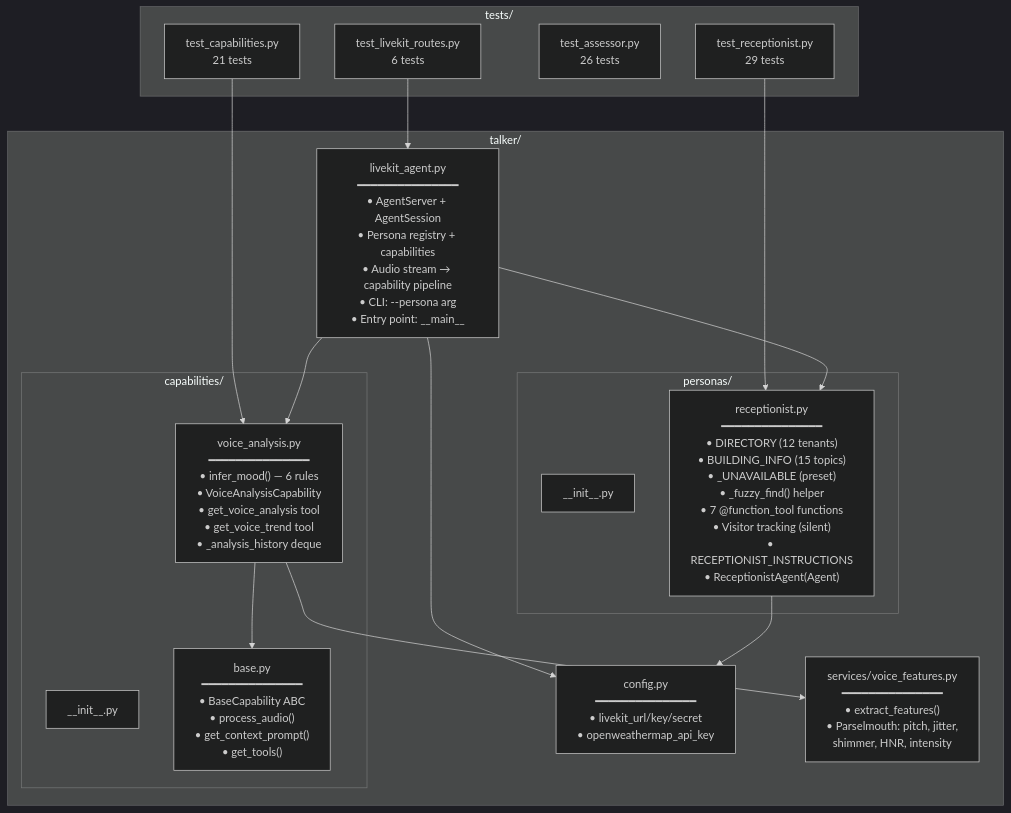
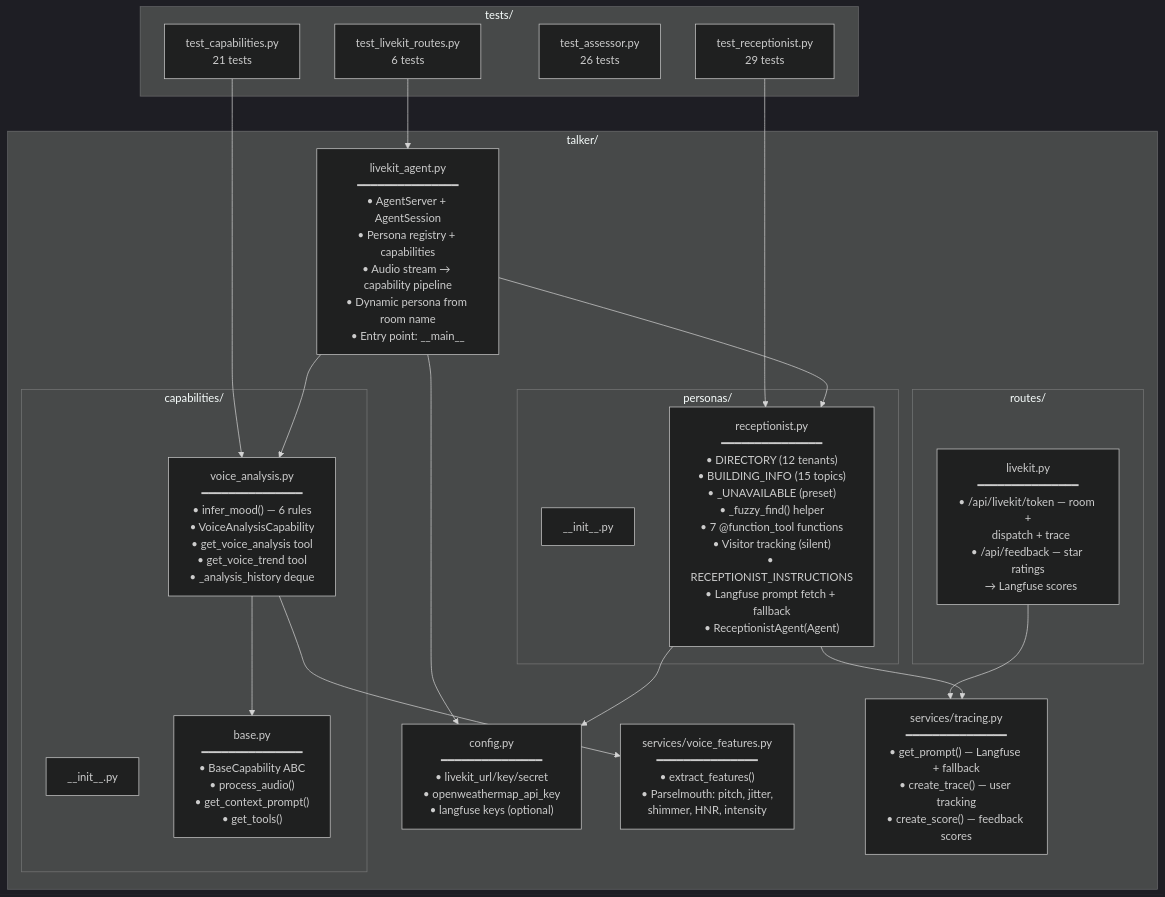
Before and after one commit to bodharma/talker: diagram 16 of 23 in docs/livekit-architecture.md, drawn with Mermaid (dark theme). The commit also changed other lines of this file and 3 other files, not shown here.

First line of the commit message:
docs: rewrite architecture and LiveKit docs for code review

````diff
--- a/docs/livekit-architecture.md
+++ b/docs/livekit-architecture.md
@@ -447,38 +447,46 @@
 ```mermaid
 graph TB
     subgraph "talker/"
-        LA["livekit_agent.py<br/>━━━━━━━━━━━━━━━<br/>• AgentServer + AgentSession<br/>• Persona registry + capabilities<br/>• Audio stream → capability pipeline<br/>• CLI: --persona arg<br/>• Entry point: __main__"]
+        LA["livekit_agent.py<br/>━━━━━━━━━━━━━━━<br/>• AgentServer + AgentSession<br/>• Persona registry + capabilities<br/>• Audio stream → capability pipeline<br/>• Dynamic persona from room name<br/>• Entry point: __main__"]
 
         subgraph "personas/"
             PI["__init__.py"]
-            REC["receptionist.py<br/>━━━━━━━━━━━━━━━<br/>• DIRECTORY (12 tenants)<br/>• BUILDING_INFO (15 topics)<br/>• _UNAVAILABLE (preset)<br/>• _fuzzy_find() helper<br/>• 7 @function_tool functions<br/>• Visitor tracking (silent)<br/>• RECEPTIONIST_INSTRUCTIONS<br/>• ReceptionistAgent(Agent)"]
+            REC["receptionist.py<br/>━━━━━━━━━━━━━━━<br/>• DIRECTORY (12 tenants)<br/>• BUILDING_INFO (15 topics)<br/>• _UNAVAILABLE (preset)<br/>• _fuzzy_find() helper<br/>• 7 @function_tool functions<br/>• Visitor tracking (silent)<br/>• RECEPTIONIST_INSTRUCTIONS<br/>• Langfuse prompt fetch + fallback<br/>• ReceptionistAgent(Agent)"]
         end
 
         subgraph "capabilities/"
             CAP_I["__init__.py"]
             CAP_B["base.py<br/>━━━━━━━━━━━━━━━<br/>• BaseCapability ABC<br/>• process_audio()<br/>• get_context_prompt()<br/>• get_tools()"]
             CAP_V["voice_analysis.py<br/>━━━━━━━━━━━━━━━<br/>• infer_mood() — 6 rules<br/>• VoiceAnalysisCapability<br/>• get_voice_analysis tool<br/>• get_voice_trend tool<br/>• _analysis_history deque"]
         end
 
-        CONFIG["config.py<br/>━━━━━━━━━━━━━━━<br/>• livekit_url/key/secret<br/>• openweathermap_api_key"]
+        CONFIG["config.py<br/>━━━━━━━━━━━━━━━<br/>• livekit_url/key/secret<br/>• openweathermap_api_key<br/>• langfuse keys (optional)"]
 
         VFEAT["services/voice_features.py<br/>━━━━━━━━━━━━━━━<br/>• extract_features()<br/>• Parselmouth: pitch, jitter,<br/>  shimmer, HNR, intensity"]
+
+        TRACING["services/tracing.py<br/>━━━━━━━━━━━━━━━<br/>• get_prompt() — Langfuse + fallback<br/>• create_trace() — user tracking<br/>• create_score() — feedback scores"]
+
+        subgraph "routes/"
+            LK_ROUTES["livekit.py<br/>━━━━━━━━━━━━━━━<br/>• /api/livekit/token — room +<br/>  dispatch + trace<br/>• /api/feedback — star ratings<br/>  → Langfuse scores"]
+        end
     end
 
     subgraph "tests/"
         TEST_R["test_receptionist.py<br/>29 tests"]
         TEST_C["test_capabilities.py<br/>21 tests"]
         TEST_A["test_assessor.py<br/>26 tests"]
         TEST_LK["test_livekit_routes.py<br/>6 tests"]
     end
 
     LA --> REC
     LA --> CAP_V
     CAP_V --> CAP_B
     CAP_V --> VFEAT
     REC --> CONFIG
+    REC --> TRACING
     LA --> CONFIG
+    LK_ROUTES --> TRACING
     TEST_R --> REC
     TEST_C --> CAP_V
     TEST_LK --> LA
 ```
````
